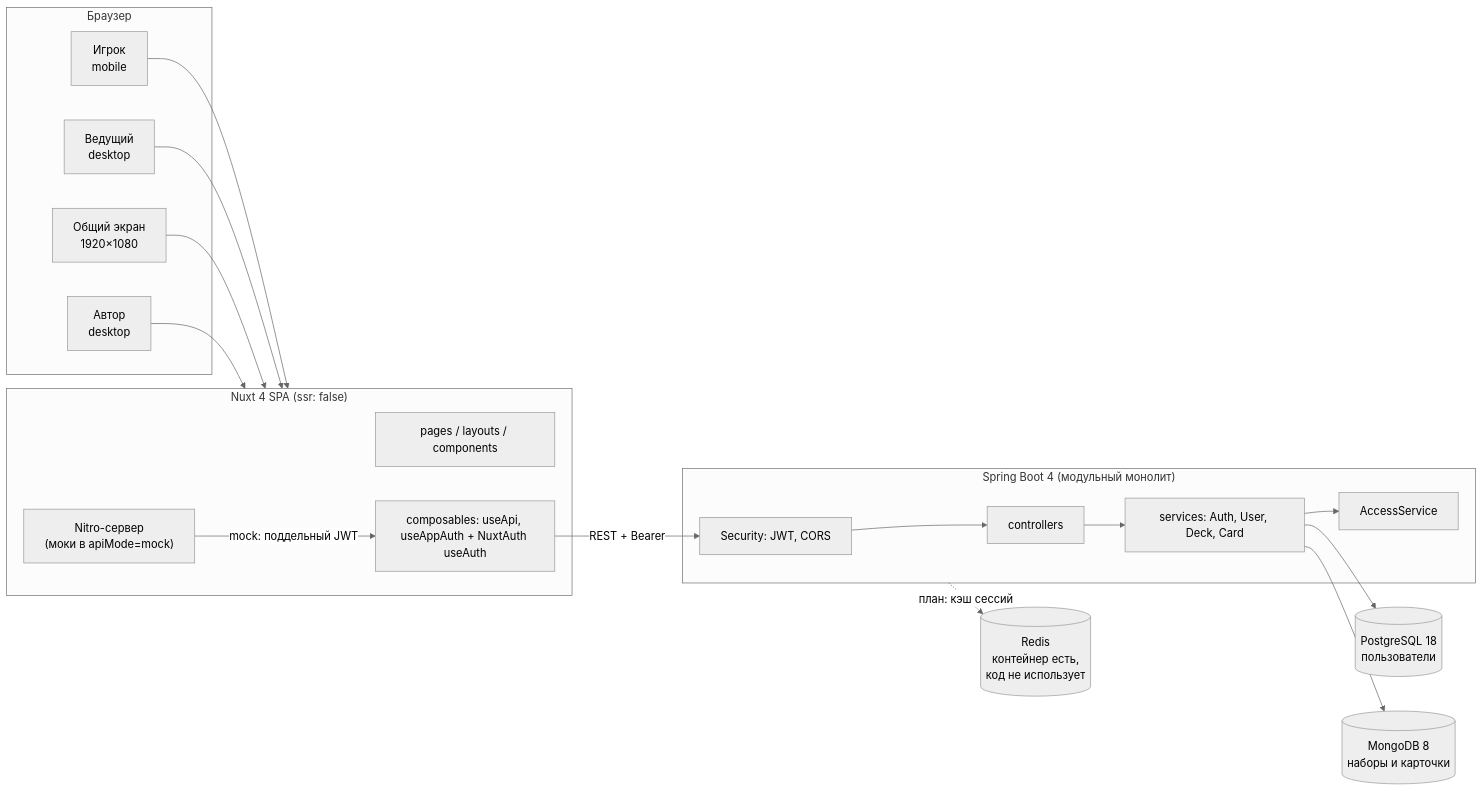
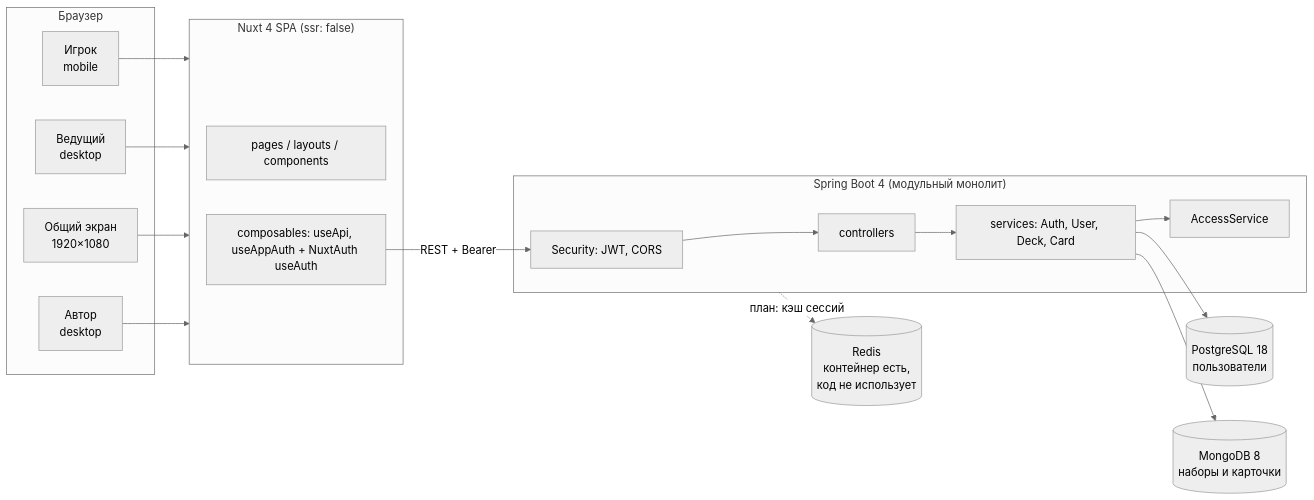
The first of 2 diagrams in docs/HANDBOOK.md (ssnagin/67-cards), drawn with Mermaid (neutral theme) before and after one commit. The commit also changed other lines of this file and 15 other files, not shown here.

````diff
--- a/docs/HANDBOOK.md
+++ b/docs/HANDBOOK.md
@@ -277,34 +277,32 @@
 ```mermaid
 flowchart LR
     subgraph Client["Браузер"]
         P["Игрок<br/>mobile"]
         H["Ведущий<br/>desktop"]
         S["Общий экран<br/>1920×1080"]
         A["Автор<br/>desktop"]
     end
 
     subgraph FE["Nuxt 4 SPA (ssr: false)"]
         Pages["pages / layouts / components"]
         Comp["composables: useApi, useAppAuth + NuxtAuth useAuth"]
-        Nitro["Nitro-сервер<br/>(моки в apiMode=mock)"]
     end
 
     subgraph BE["Spring Boot 4 (модульный монолит)"]
         Sec["Security: JWT, CORS"]
         Ctrl["controllers"]
         Svc["services: Auth, User, Deck, Card"]
         Acc["AccessService"]
     end
 
     PG[("PostgreSQL 18<br/>пользователи")]
     MG[("MongoDB 8<br/>наборы и карточки")]
     RD[("Redis<br/>контейнер есть,<br/>код не использует")]
 
     P & H & S & A --> FE
     Comp -->|"REST + Bearer"| Sec
     Sec --> Ctrl --> Svc --> Acc
     Svc --> PG
     Svc --> MG
     BE -.->|"план: кэш сессий"| RD
-    Nitro -->|"mock: поддельный JWT"| Comp
 ```
````
